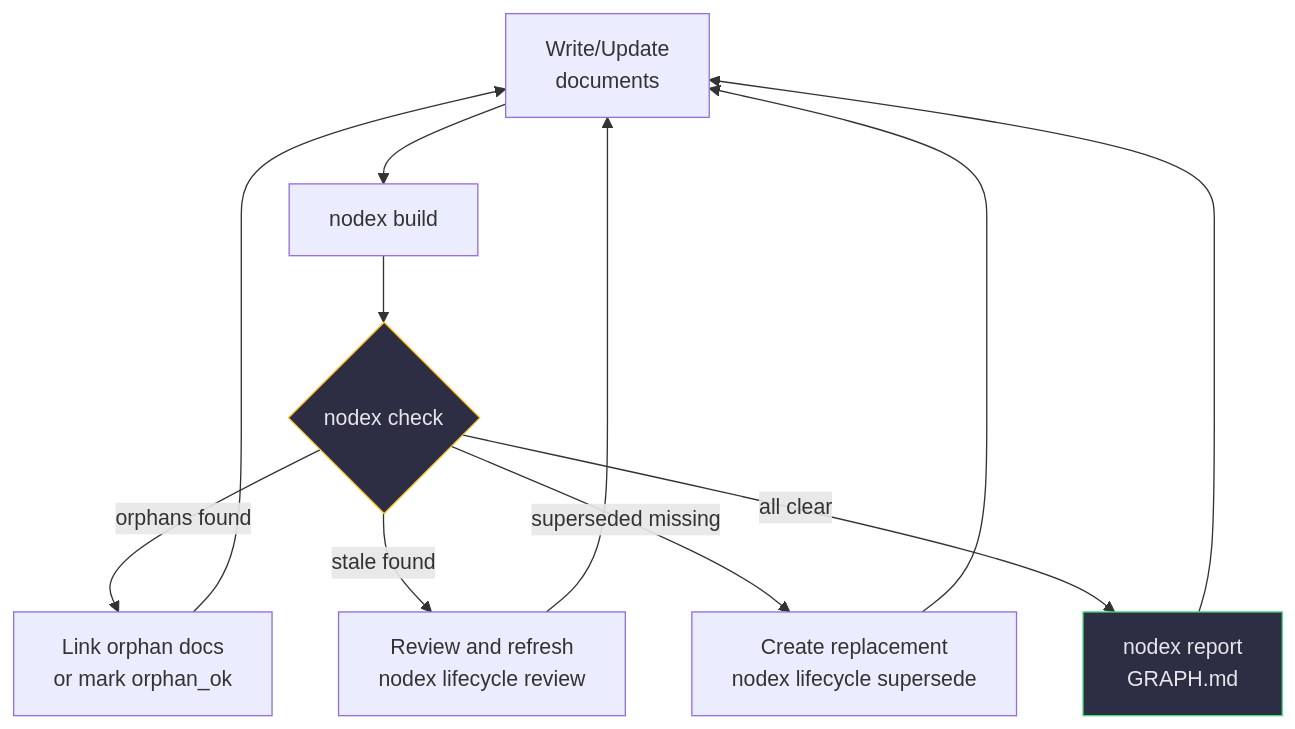
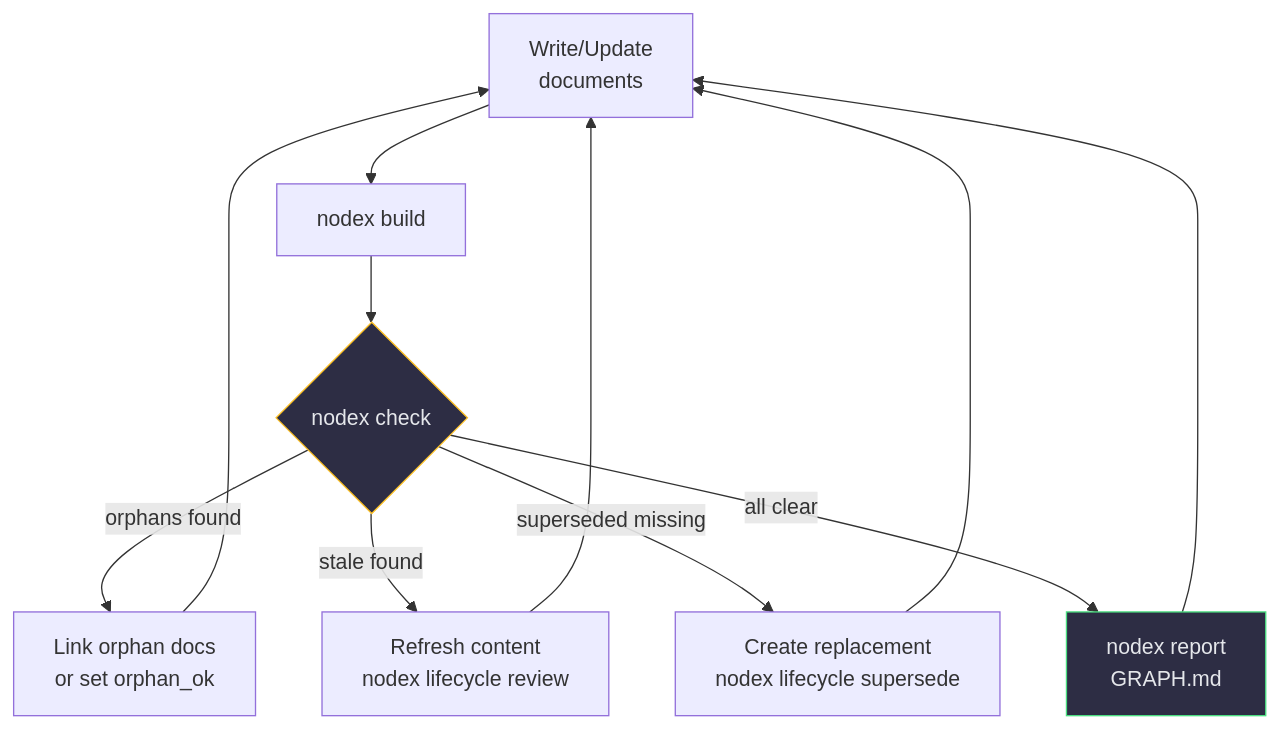
One commit to junyeong-ai/nodex changed the fifth of 5 diagrams in README.md. Above: the diagram before and after it, drawn with Mermaid. The commit also changed other lines of this file and 1 other file, not shown here.

First line of the commit message:
docs(readme): rewrite for depth with JSON contract and architecture deep-dive

````diff
--- a/README.md
+++ b/README.md
@@ -185,16 +515,16 @@
 ```mermaid
 flowchart TB
     W["Write/Update<br/>documents"] --> B["nodex build"]
     B --> C{"nodex check"}
-    C -- "orphans found" --> FO["Link orphan docs<br/>or mark orphan_ok"]
-    C -- "stale found" --> FS["Review and refresh<br/>nodex lifecycle review"]
+    C -- "orphans found" --> FO["Link orphan docs<br/>or set orphan_ok"]
+    C -- "stale found" --> FS["Refresh content<br/>nodex lifecycle review"]
     C -- "superseded missing" --> FL["Create replacement<br/>nodex lifecycle supersede"]
     C -- "all clear" --> R["nodex report<br/>GRAPH.md"]
     FO --> W
     FS --> W
     FL --> W
     R --> W
 
     style C fill:#2d2d44,color:#e5e7eb,stroke:#fbbf24
     style R fill:#2d2d44,color:#e5e7eb,stroke:#4ade80
 ```
````
